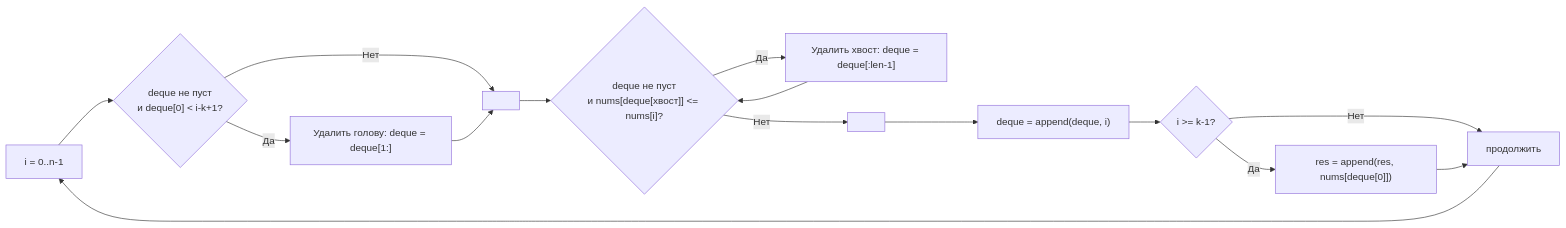
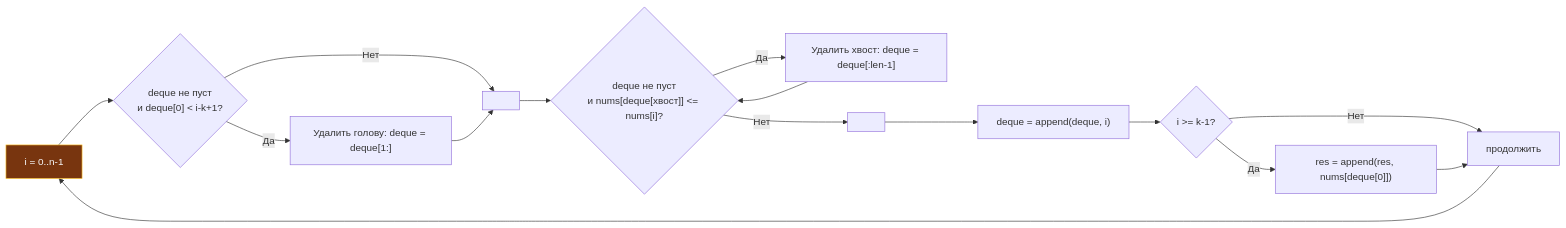
The diagram in sources/21. Задачи с LeetCode и собеседований на Go/02. Задачи/03. Скользящее окно/8. Sliding Window Maximum.md (UnrealTemplier/go-textbook), drawn with Mermaid before and after one commit. The commit also changed 1666 other files, not shown here.

First line of the commit message:
feat(mermaid): add semantic color classDef to 1369 colorless flowchart/graph diagrams

````diff
--- a/sources/21. Задачи с LeetCode и собеседований на Go/02. Задачи/03. Скользящее окно/8. Sliding Window Maximum.md
+++ b/sources/21. Задачи с LeetCode и собеседований на Go/02. Задачи/03. Скользящее окно/8. Sliding Window Maximum.md
@@ -93,17 +93,27 @@
 ```mermaid
 flowchart LR
-    A["i = 0..n-1"] --> B{"deque не пуст<br>и deque[0] < i-k+1?"}
+    classDef process  fill:#1e293b,stroke:#38bdf8,stroke-width:1px,color:#f8fafc
+    classDef success  fill:#064e3b,stroke:#34d399,stroke-width:1px,color:#f8fafc
+    classDef error    fill:#7f1d1d,stroke:#f87171,stroke-width:1px,color:#f8fafc
+    classDef warning  fill:#78350f,stroke:#fbbf24,stroke-width:1px,color:#f8fafc
+    classDef entry    fill:#1e3a5f,stroke:#38bdf8,stroke-width:2px,color:#f8fafc
+    classDef aux      fill:#334155,stroke:#64748b,stroke-width:1px,color:#f8fafc
+    classDef system   fill:#312e81,stroke:#a78bfa,stroke-width:1px,color:#f8fafc
+    classDef data     fill:#132d29,stroke:#2dd4bf,stroke-width:1px,color:#f8fafc
+    classDef network  fill:#881337,stroke:#fb7185,stroke-width:1px,color:#f8fafc
+    classDef accent   fill:#1e1b4b,stroke:#818cf8,stroke-width:1px,color:#f8fafc
+    A["i = 0..n-1"]:::warning --> B{"deque не пуст<br>и deque[0] < i-k+1?"}
     B -->|"Да"| C["Удалить голову: deque = deque[1:]"]
     B -->|"Нет"| D[" "]
     C --> D
     D --> E{"deque не пуст<br>и nums[deque[хвост]] <= nums[i]?"}
     E -->|"Да"| F["Удалить хвост: deque = deque[:len-1]"]
     E -->|"Нет"| G[" "]
     F --> E
     G --> H["deque = append(deque, i)"]
     H --> I{"i >= k-1?"}
     I -->|"Да"| J["res = append(res, nums[deque[0]])"]
     I -->|"Нет"| K["продолжить"]
     J --> K
     K --> A
 ```
````
